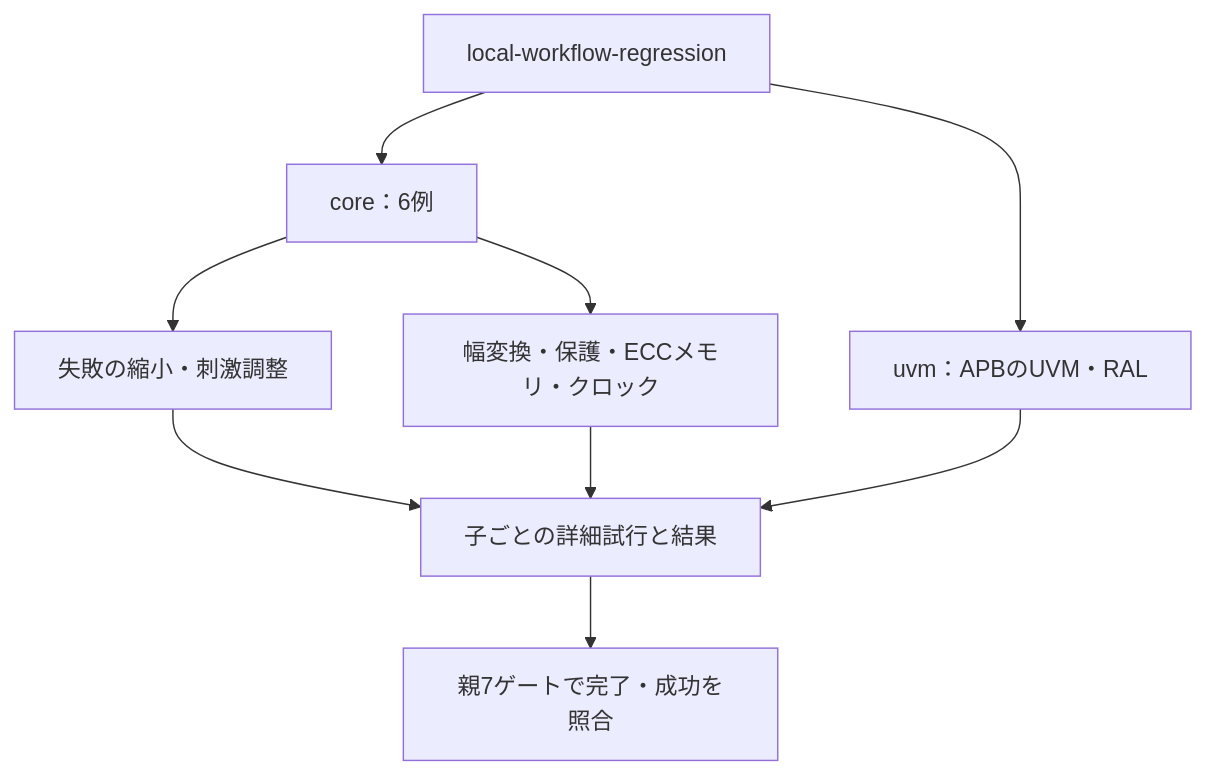
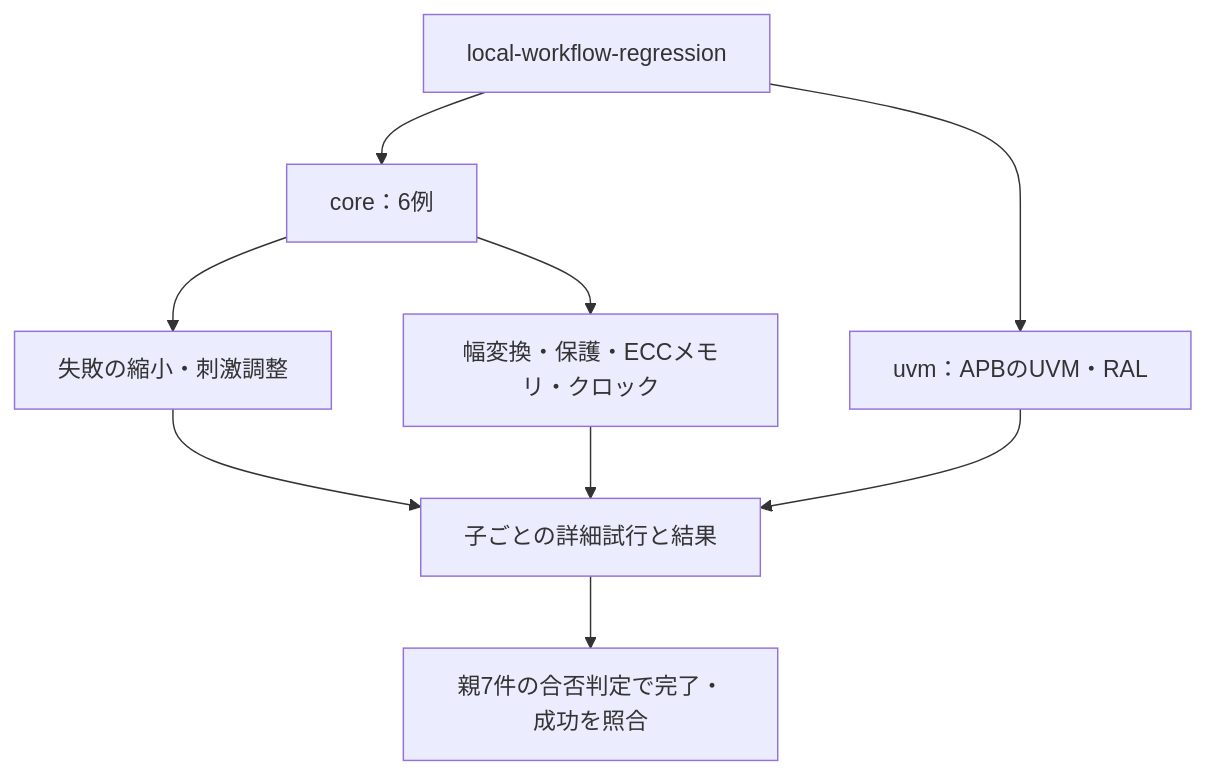
The diagram in examples/local-workflow-regression/README.md (kurochan001/lsi-verification-method), drawn with Mermaid before and after one commit. The commit also changed other lines of this file and 91 other files, not shown here.

````diff
--- a/examples/local-workflow-regression/README.md
+++ b/examples/local-workflow-regression/README.md
@@ -17,13 +17,13 @@
 ```mermaid
 flowchart TD
   accTitle: 解析・4回路・UVMの集約
   accDescr: coreで解析と4回路を、uvmでUVM例を選び、allでは全7例を起動します。
   P["local-workflow-regression"] --> C["core：6例"]
   C --> A["失敗の縮小・刺激調整"]
   C --> R["幅変換・保護・ECCメモリ・クロック"]
   P --> U["uvm：APBのUVM・RAL"]
   A --> E["子ごとの詳細試行と結果"]
   R --> E
   U --> E
-  E --> G["親7ゲートで完了・成功を照合"]
+  E --> G["親7件の合否判定で完了・成功を照合"]
 ```
````
